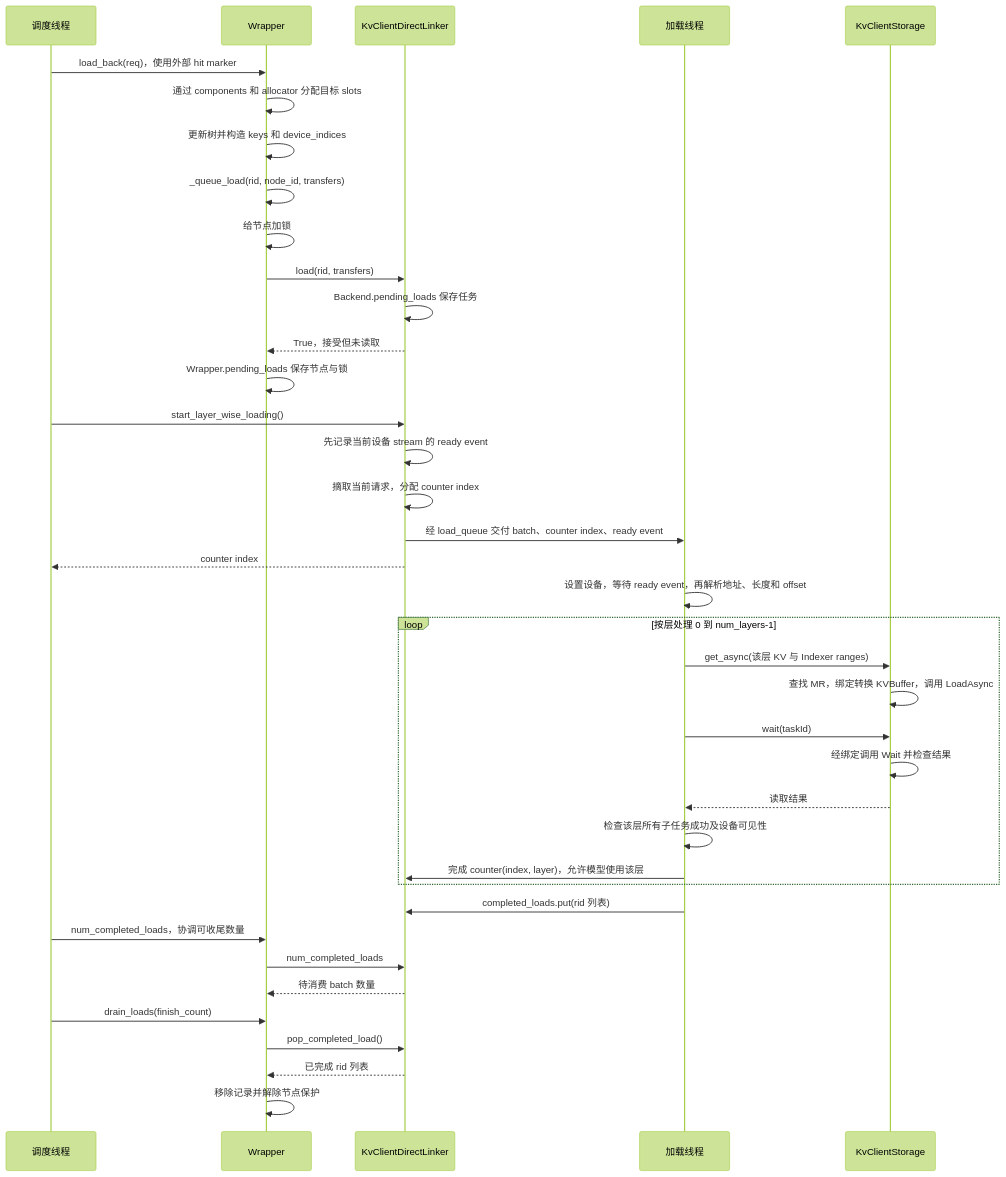
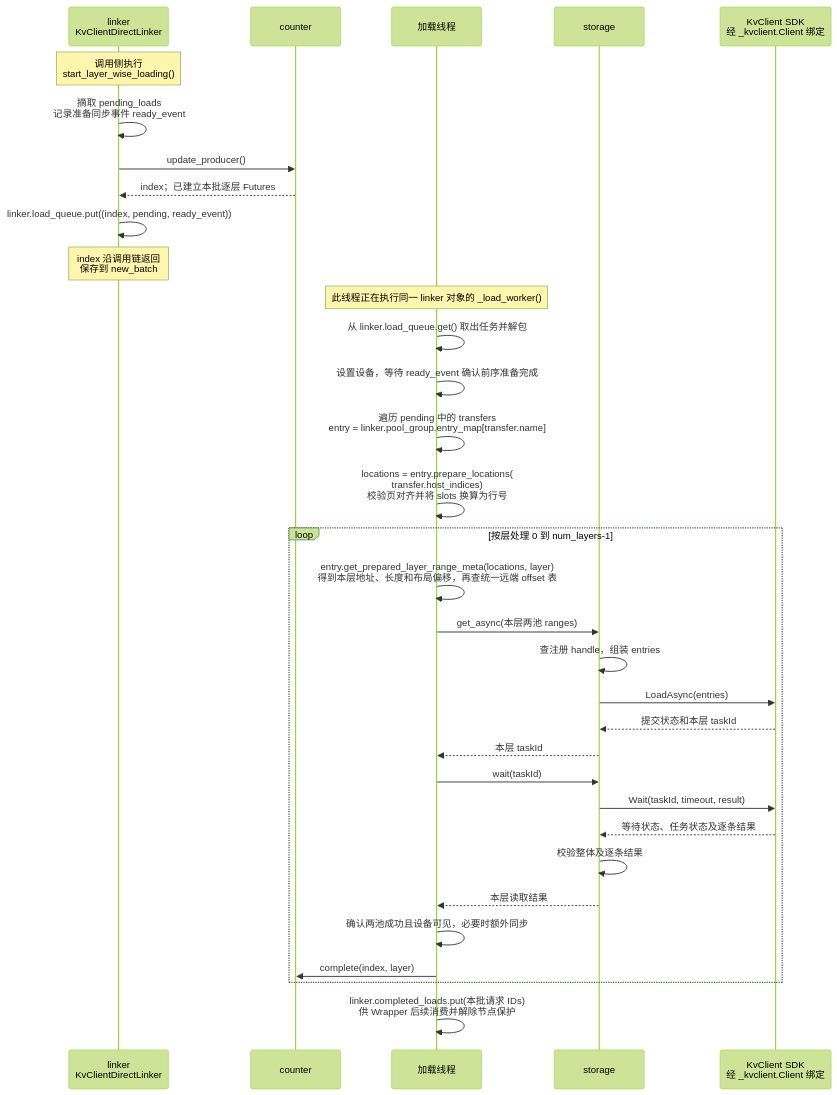
Before and after one commit to yuanzhg078/sglang: diagram 19 of 27 in kv_client_linker_backend_design.md, drawn with Mermaid (forest theme). The commit also changed other lines of this file and 1 other file, not shown here.

````diff
--- a/kv_client_linker_backend_design.md
+++ b/kv_client_linker_backend_design.md
@@ -631,40 +1009,35 @@
 ```mermaid
 sequenceDiagram
-    participant S as 调度线程
-    participant W as Wrapper
-    participant B as KvClientDirectLinker
+    participant B as linker<br/>KvClientDirectLinker
+    participant K as counter
     participant L as 加载线程
-    participant K as KvClientStorage
-    S->>W: load_back(req)，使用外部 hit marker
-    W->>W: 通过 components 和 allocator 分配目标 slots
-    W->>W: 更新树并构造 keys 和 device_indices
-    W->>W: _queue_load(rid, node_id, transfers)
-    W->>W: 给节点加锁
-    W->>B: load(rid, transfers)
-    B->>B: Backend.pending_loads 保存任务
-    B-->>W: True，接受但未读取
-    W->>W: Wrapper.pending_loads 保存节点与锁
-    S->>B: start_layer_wise_loading()
-    B->>B: 先记录当前设备 stream 的 ready event
-    B->>B: 摘取当前请求，分配 counter index
-    B->>L: 经 load_queue 交付 batch、counter index、ready event
-    B-->>S: counter index
-    L->>L: 设置设备，等待 ready event，再解析地址、长度和 offset
+    participant S as storage
+    participant V as KvClient SDK<br/>经 _kvclient.Client 绑定
+    Note over B: 调用侧执行<br/>start_layer_wise_loading()
+    B->>B: 摘取 pending_loads<br/>记录准备同步事件 ready_event
+    B->>K: update_producer()
+    K-->>B: index；已建立本批逐层 Futures
+    B->>B: linker.load_queue.put((index, pending, ready_event))
+    Note over B: index 沿调用链返回<br/>保存到 new_batch
+    Note over L: 此线程正在执行同一 linker 对象的 _load_worker()
+    L->>L: 从 linker.load_queue.get() 取出任务并解包
+    L->>L: 设置设备，等待 ready_event 确认前序准备完成
+    L->>L: 遍历 pending 中的 transfers<br/>entry = linker.pool_group.entry_map[transfer.name]
+    L->>L: locations = entry.prepare_locations(<br/>transfer.host_indices)<br/>校验页对齐并将 slots 换算为行号
     loop 按层处理 0 到 num_layers-1
-    L->>K: get_async(该层 KV 与 Indexer ranges)
-    K->>K: 查找 MR，绑定转换 KVBuffer，调用 LoadAsync
-    L->>K: wait(taskId)
-    K->>K: 经绑定调用 Wait 并检查结果
-    K-->>L: 读取结果
-    L->>L: 检查该层所有子任务成功及设备可见性
-    L->>B: 完成 counter(index, layer)，允许模型使用该层
+        L->>L: entry.get_prepared_layer_range_meta(locations, layer)<br/>得到本层地址、长度和布局偏移，再查统一远端 offset 表
+        L->>S: get_async(本层两池 ranges)
+        S->>S: 查注册 handle，组装 entries
+        S->>V: LoadAsync(entries)
+        V-->>S: 提交状态和本层 taskId
+        S-->>L: 本层 taskId
+        L->>S: wait(taskId)
+        S->>V: Wait(taskId, timeout, result)
+        V-->>S: 等待状态、任务状态及逐条结果
+        S->>S: 校验整体及逐条结果
+        S-->>L: 本层读取结果
+        L->>L: 确认两池成功且设备可见，必要时额外同步
+        L->>K: complete(index, layer)
     end
-    L->>B: completed_loads.put(rid 列表)
-    S->>W: num_completed_loads，协调可收尾数量
-    W->>B: num_completed_loads
-    B-->>W: 待消费 batch 数量
-    S->>W: drain_loads(finish_count)
-    W->>B: pop_completed_load()
-    B-->>W: 已完成 rid 列表
-    W->>W: 移除记录并解除节点保护
+    L->>L: linker.completed_loads.put(本批请求 IDs)<br/>供 Wrapper 后续消费并解除节点保护
 ```
````
